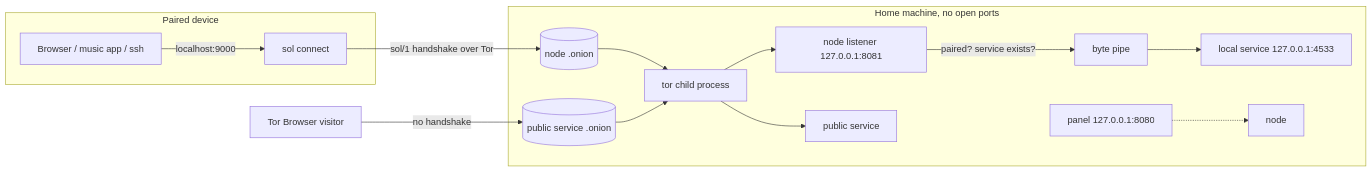
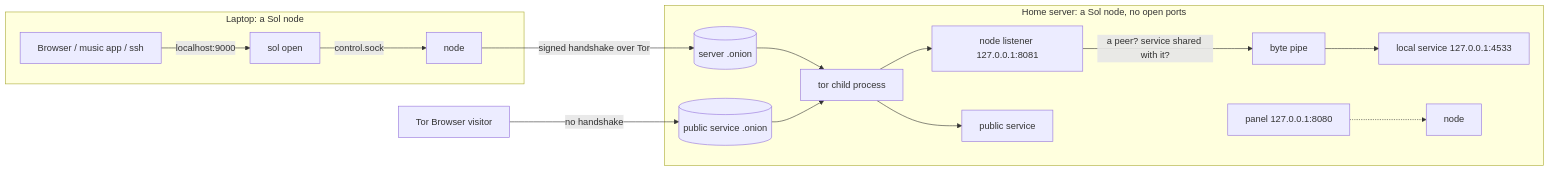
Before and after one commit to apv022/sol: the diagram in docs/ARCHITECTURE.md, drawn with Mermaid. The commit also changed other lines of this file and 43 other files, not shown here.

First line of the commit message:
Every machine is a node; nodes pair as peers

````diff
--- a/docs/ARCHITECTURE.md
+++ b/docs/ARCHITECTURE.md
@@ -8,17 +9,18 @@
 ```mermaid
 flowchart LR
-    subgraph laptop[Paired device]
-        app[Browser / music app / ssh] -->|localhost:9000| connect[sol connect]
+    subgraph laptop[Laptop: a Sol node]
+        app[Browser / music app / ssh] -->|localhost:9000| open[sol open]
+        open -->|control.sock| lnode[node]
     end
-    connect -->|sol/1 handshake over Tor| onion[(node .onion)]
+    lnode -->|signed handshake over Tor| onion[(server .onion)]
     visitor[Tor Browser visitor] -->|no handshake| svconion[(public service .onion)]
-    subgraph home[Home machine, no open ports]
+    subgraph home[Home server: a Sol node, no open ports]
         onion --> tor[tor child process]
         svconion --> tor
         tor --> nodeln[node listener 127.0.0.1:8081]
         tor --> pubsvc[public service]
-        nodeln -->|paired? service exists?| pipe[byte pipe]
+        nodeln -->|a peer? service shared with it?| pipe[byte pipe]
         pipe --> svc[local service 127.0.0.1:4533]
         panel[panel 127.0.0.1:8080] -.-> nodecore[node]
     end
 ```
````
